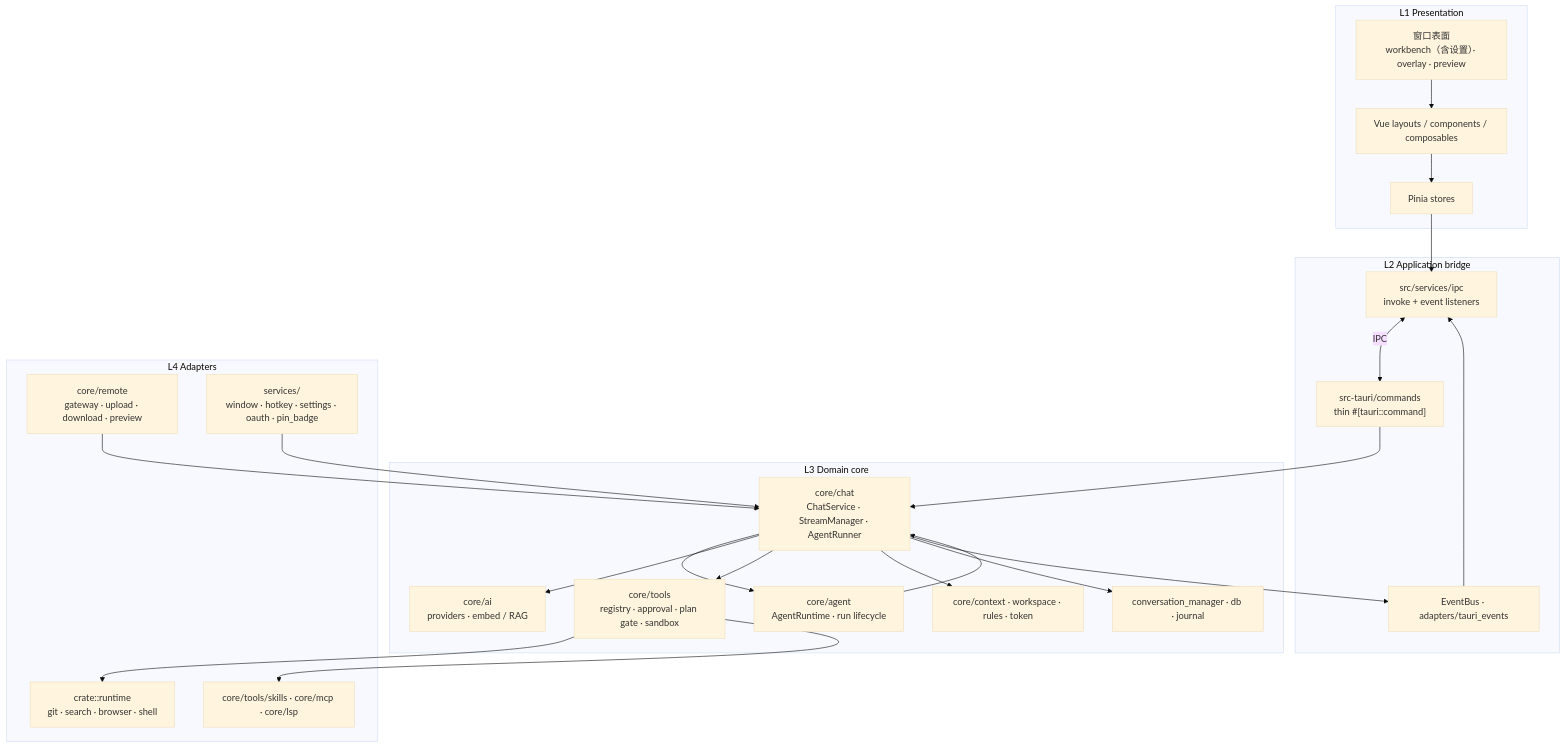
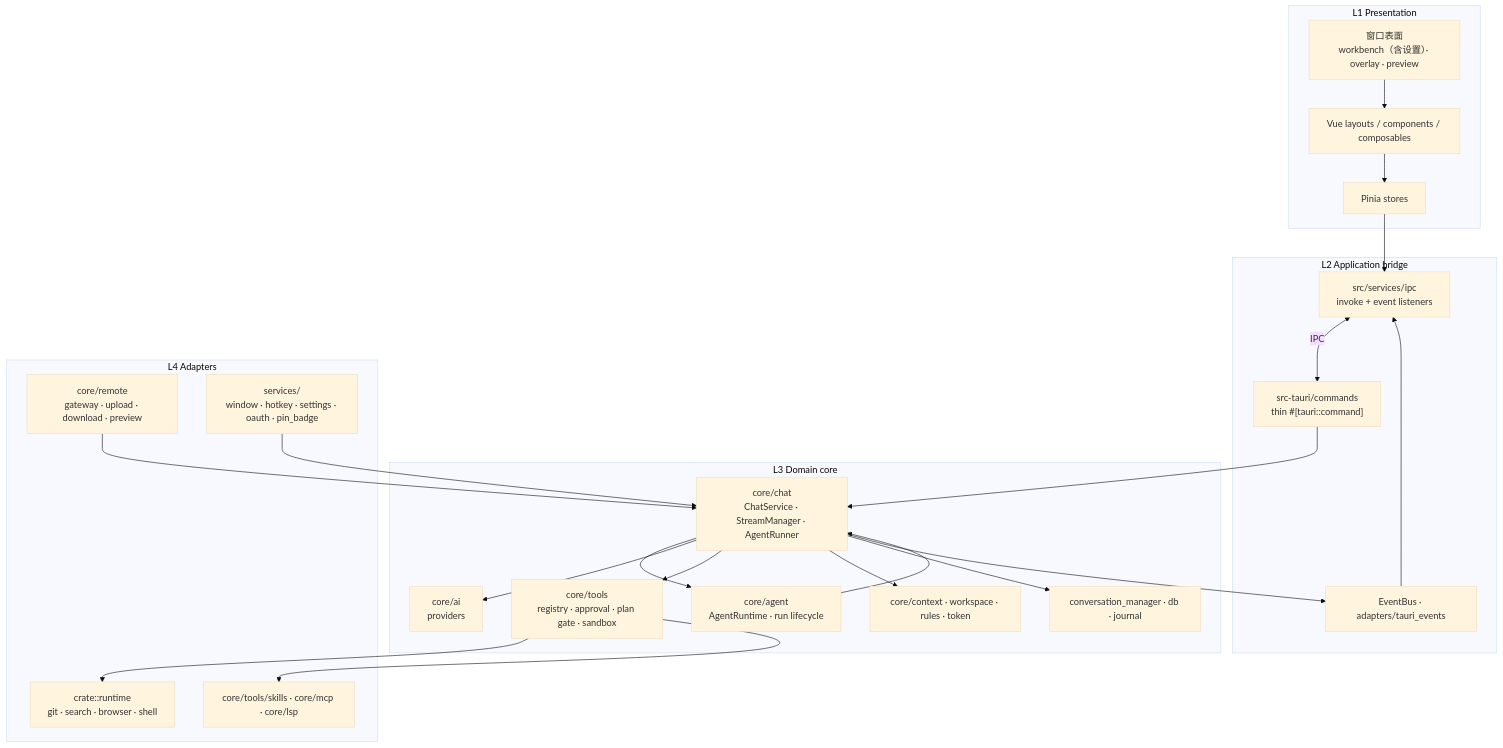
Before and after one commit to rururunu/Anya: the second of 18 diagrams in docs/architecture-overview.zh-CN.md, drawn with Mermaid (base theme). The commit also changed other lines of this file and 173 other files, not shown here.

````diff
--- a/docs/architecture-overview.zh-CN.md
+++ b/docs/architecture-overview.zh-CN.md
@@ -78,46 +76,46 @@
 ```mermaid
 flowchart TB
   subgraph Presentation["L1 Presentation"]
     Win["窗口表面<br/>workbench（含设置）· overlay · preview"]
     UI["Vue layouts / components / composables"]
     Store["Pinia stores"]
   end
 
   subgraph Bridge["L2 Application bridge"]
     FeIpc["src/services/ipc<br/>invoke + event listeners"]
     Cmd["src-tauri/commands<br/>thin #[tauri::command]"]
     Bus["EventBus · adapters/tauri_events"]
   end
 
   subgraph Domain["L3 Domain core"]
     Chat["core/chat<br/>ChatService · StreamManager · AgentRunner"]
     AgentShell["core/agent<br/>AgentRuntime · run lifecycle"]
-    Ai["core/ai<br/>providers · embed / RAG"]
+    Ai["core/ai<br/>providers"]
     Tools["core/tools<br/>registry · approval · plan gate · sandbox"]
     Ctx["core/context · workspace · rules · token"]
     Persist["conversation_manager · db · journal"]
   end
 
   subgraph Adapters["L4 Adapters"]
     Rt["crate::runtime<br/>git · search · browser · shell"]
     OfficeCore["core/tools/skills · core/mcp · core/lsp"]
     Remote["core/remote<br/>gateway · upload · download · preview"]
     Svc["services/<br/>window · hotkey · settings · oauth · pin_badge"]
   end
 
   Win --> UI --> Store --> FeIpc
   FeIpc <-->|IPC| Cmd
   Cmd --> Chat
   Svc --> Chat
   Chat --> AgentShell
   AgentShell --> Chat
   Chat --> Ai
   Chat --> Tools
   Chat --> Ctx
   Chat --> Persist
   Tools --> Rt
   Tools --> OfficeCore
   Remote --> Chat
   Bus --> FeIpc
   Chat --> Bus
 ```
````
